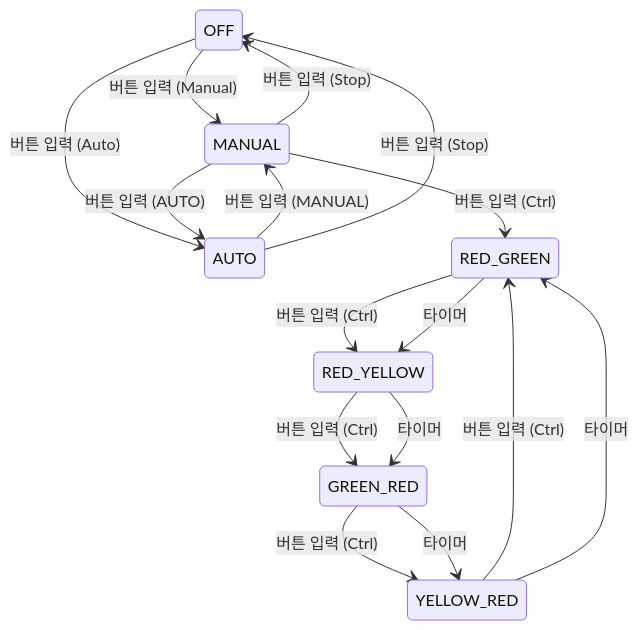
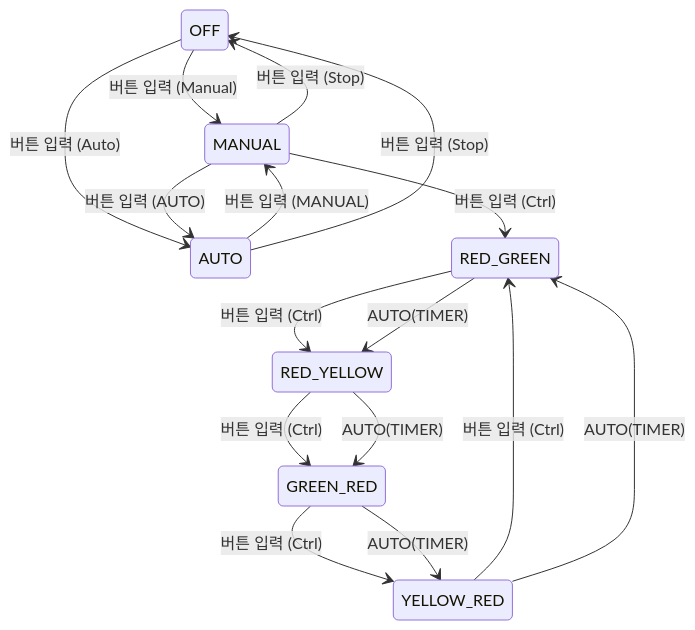
One commit to kimdoha123/ATmega128_Smart_TrafficLight changed the diagram in README.md. Above: the diagram before and after it, drawn with Mermaid.

````diff
--- a/README.md
+++ b/README.md
@@ -22,18 +22,18 @@
 ```mermaid
 stateDiagram-v2
     OFF --> MANUAL: 버튼 입력 (Manual)
     OFF --> AUTO: 버튼 입력 (Auto)
     MANUAL --> RED_GREEN: 버튼 입력 (Ctrl)
     RED_GREEN --> RED_YELLOW: 버튼 입력 (Ctrl)
     RED_YELLOW --> GREEN_RED: 버튼 입력 (Ctrl)
     GREEN_RED --> YELLOW_RED: 버튼 입력 (Ctrl)
     YELLOW_RED --> RED_GREEN: 버튼 입력 (Ctrl)
 	MANUAL --> AUTO: 버튼 입력 (AUTO)   
 	AUTO --> MANUAL: 버튼 입력 (MANUAL)   
-	RED_GREEN --> RED_YELLOW: 타이머
-    RED_YELLOW --> GREEN_RED: 타이머
-    GREEN_RED --> YELLOW_RED: 타이머
-    YELLOW_RED --> RED_GREEN: 타이머
+	RED_GREEN --> RED_YELLOW: AUTO(TIMER)
+    RED_YELLOW --> GREEN_RED: AUTO(TIMER)
+    GREEN_RED --> YELLOW_RED: AUTO(TIMER)
+    YELLOW_RED --> RED_GREEN: AUTO(TIMER)
     MANUAL --> OFF: 버튼 입력 (Stop)
     AUTO --> OFF: 버튼 입력 (Stop)
 ```
````
